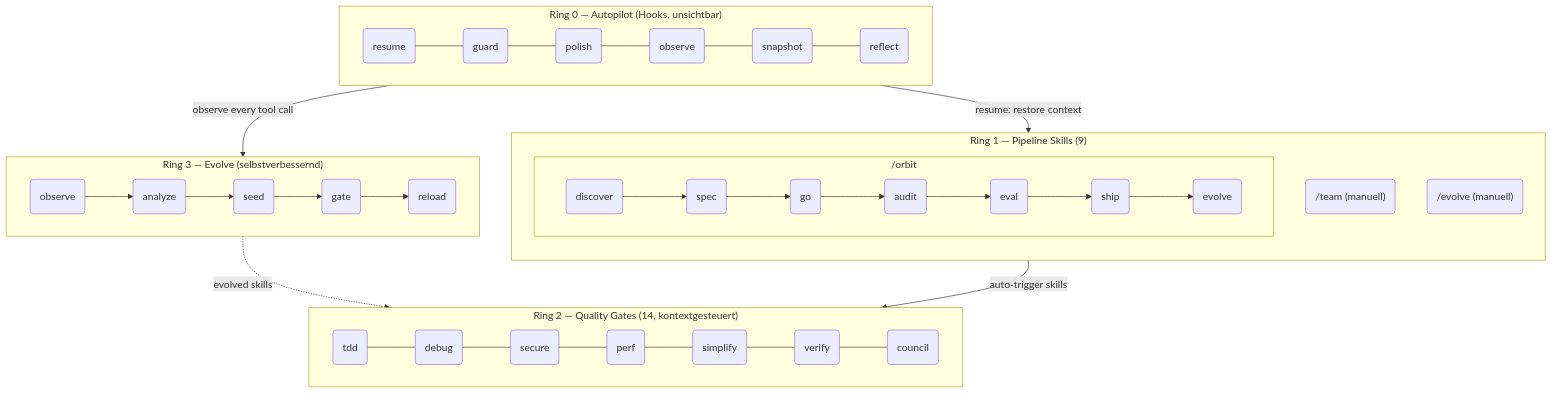
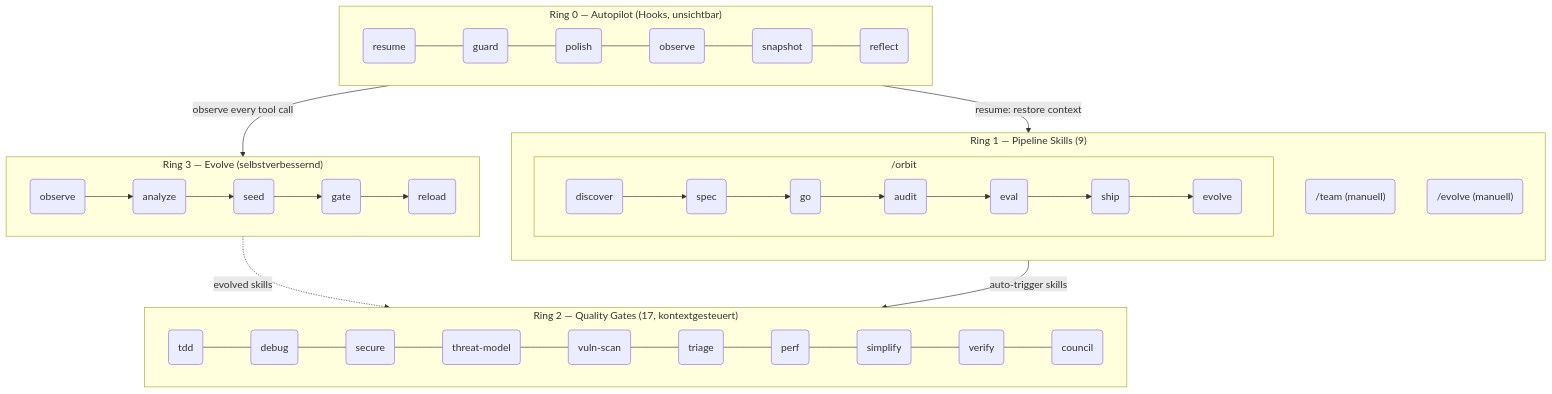
One commit to epicsagas/epic-harness changed the second of 2 diagrams in i18n/de/README.md. Above: the diagram before and after it, drawn with Mermaid. The commit also changed other lines of this file and 11 other files, not shown here.

````diff
--- a/i18n/de/README.md
+++ b/i18n/de/README.md
@@ -436,32 +447,32 @@
 ```mermaid
 flowchart TB
     subgraph R0["Ring 0 — Autopilot (Hooks, unsichtbar)"]
         direction LR
         h1(resume) --- h2(guard) --- h3(polish) --- h4(observe) --- h5(snapshot) --- h6(reflect)
     end
 
     subgraph R1["Ring 1 — Pipeline Skills (9)"]
         direction TB
         subgraph orbit_wrap["  /orbit  "]
             direction LR
             c1("discover") --> c2("spec") --> c3("go") --> c4("audit") --> c4b("eval") --> c5("ship") --> c6("evolve")
         end
         c7("/team (manuell)")
         c8("/evolve (manuell)")
     end
 
-    subgraph R2["Ring 2 — Quality Gates (14, kontextgesteuert)"]
+    subgraph R2["Ring 2 — Quality Gates (17, kontextgesteuert)"]
         direction LR
-        s1(tdd) --- s2(debug) --- s3(secure) --- s4(perf) --- s5(simplify) --- s6(verify) --- s7(council)
+        s1(tdd) --- s2(debug) --- s3(secure) --- s3b(threat-model) --- s3c(vuln-scan) --- s3d(triage) --- s4(perf) --- s5(simplify) --- s6(verify) --- s7(council)
     end
 
     subgraph R3["Ring 3 — Evolve (selbstverbessernd)"]
         direction LR
         e1(observe) --> e2(analyze) --> e3(seed) --> e4(gate) --> e5(reload)
     end
 
     R0 -->|"observe every tool call"| R3
     R3 -.->|"evolved skills"| R2
     R1 -->|"auto-trigger skills"| R2
     R0 -->|"resume: restore context"| R1
 ```
````
